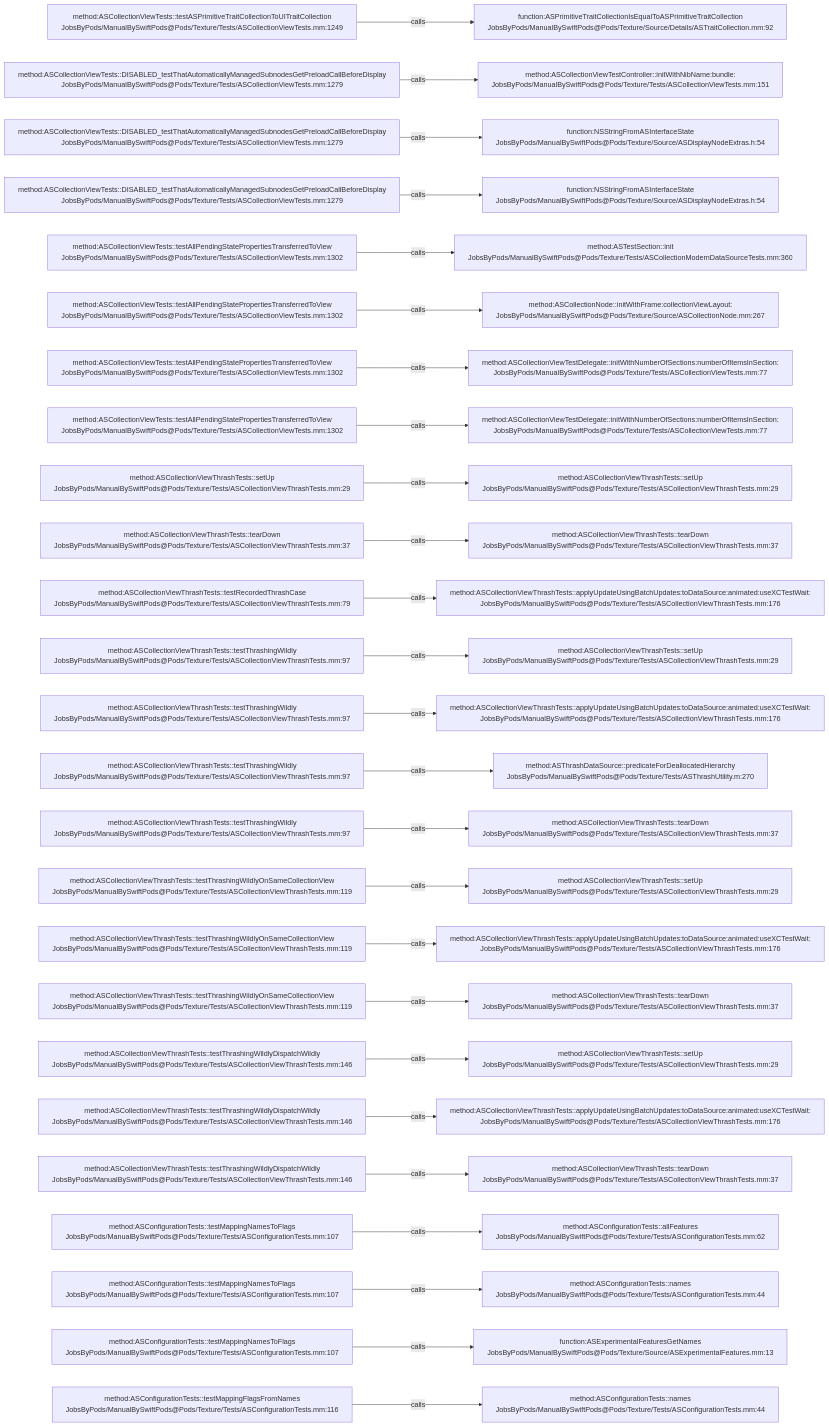
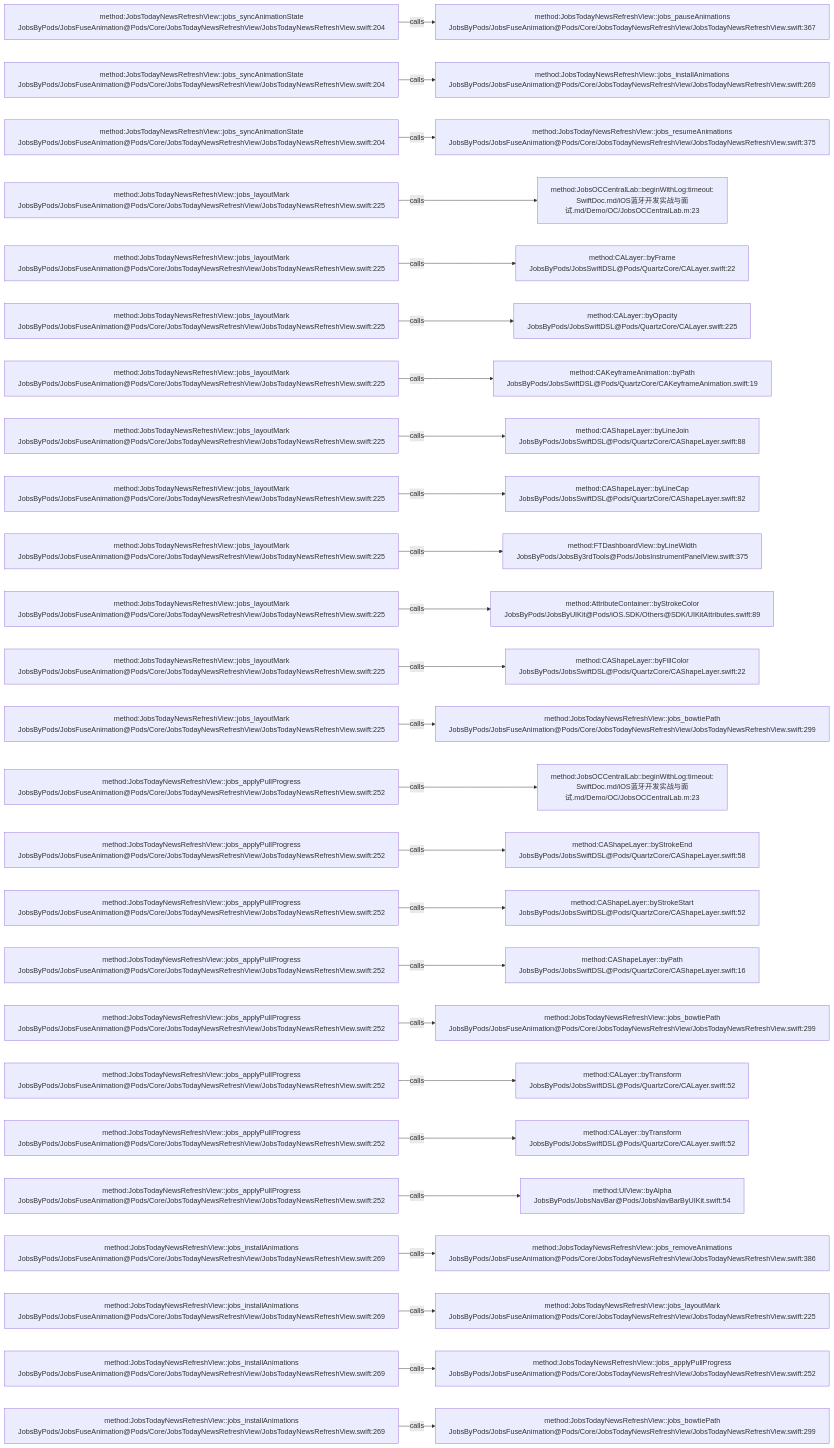
The diagram in .codegraph/codegraph.md/graphs/calls-174.md (JobsKits/JobsSwiftBaseConfigDemo), drawn with Mermaid before and after one commit. The commit also changed 224 other files, not shown here.

````diff
--- a/.codegraph/codegraph.md/graphs/calls-174.md
+++ b/.codegraph/codegraph.md/graphs/calls-174.md
@@ -13,78 +13,78 @@
 ```mermaid
 flowchart LR
-  S1["method:ASCollectionViewTests::testASPrimitiveTraitCollectionToUITraitCollection<br/>JobsByPods/ManualBySwiftPods@Pods/Texture/Tests/ASCollectionViewTests.mm:1249"]
-  T1["function:ASPrimitiveTraitCollectionIsEqualToASPrimitiveTraitCollection<br/>JobsByPods/ManualBySwiftPods@Pods/Texture/Source/Details/ASTraitCollection.mm:92"]
+  S1["method:JobsTodayNewsRefreshView::jobs_syncAnimationState<br/>JobsByPods/JobsFuseAnimation@Pods/Core/JobsTodayNewsRefreshView/JobsTodayNewsRefreshView.swift:204"]
+  T1["method:JobsTodayNewsRefreshView::jobs_pauseAnimations<br/>JobsByPods/JobsFuseAnimation@Pods/Core/JobsTodayNewsRefreshView/JobsTodayNewsRefreshView.swift:367"]
   S1 -->|calls| T1
-  S2["method:ASCollectionViewTests::DISABLED_testThatAutomaticallyManagedSubnodesGetPreloadCallBeforeDisplay<br/>JobsByPods/ManualBySwiftPods@Pods/Texture/Tests/ASCollectionViewTests.mm:1279"]
-  T2["method:ASCollectionViewTestController::initWithNibName:bundle:<br/>JobsByPods/ManualBySwiftPods@Pods/Texture/Tests/ASCollectionViewTests.mm:151"]
+  S2["method:JobsTodayNewsRefreshView::jobs_syncAnimationState<br/>JobsByPods/JobsFuseAnimation@Pods/Core/JobsTodayNewsRefreshView/JobsTodayNewsRefreshView.swift:204"]
+  T2["method:JobsTodayNewsRefreshView::jobs_installAnimations<br/>JobsByPods/JobsFuseAnimation@Pods/Core/JobsTodayNewsRefreshView/JobsTodayNewsRefreshView.swift:269"]
   S2 -->|calls| T2
-  S3["method:ASCollectionViewTests::DISABLED_testThatAutomaticallyManagedSubnodesGetPreloadCallBeforeDisplay<br/>JobsByPods/ManualBySwiftPods@Pods/Texture/Tests/ASCollectionViewTests.mm:1279"]
-  T3["function:NSStringFromASInterfaceState<br/>JobsByPods/ManualBySwiftPods@Pods/Texture/Source/ASDisplayNodeExtras.h:54"]
+  S3["method:JobsTodayNewsRefreshView::jobs_syncAnimationState<br/>JobsByPods/JobsFuseAnimation@Pods/Core/JobsTodayNewsRefreshView/JobsTodayNewsRefreshView.swift:204"]
+  T3["method:JobsTodayNewsRefreshView::jobs_resumeAnimations<br/>JobsByPods/JobsFuseAnimation@Pods/Core/JobsTodayNewsRefreshView/JobsTodayNewsRefreshView.swift:375"]
   S3 -->|calls| T3
-  S4["method:ASCollectionViewTests::DISABLED_testThatAutomaticallyManagedSubnodesGetPreloadCallBeforeDisplay<br/>JobsByPods/ManualBySwiftPods@Pods/Texture/Tests/ASCollectionViewTests.mm:1279"]
-  T4["function:NSStringFromASInterfaceState<br/>JobsByPods/ManualBySwiftPods@Pods/Texture/Source/ASDisplayNodeExtras.h:54"]
+  S4["method:JobsTodayNewsRefreshView::jobs_layoutMark<br/>JobsByPods/JobsFuseAnimation@Pods/Core/JobsTodayNewsRefreshView/JobsTodayNewsRefreshView.swift:225"]
+  T4["method:JobsOCCentralLab::beginWithLog:timeout:<br/>SwiftDoc.md/iOS蓝牙开发实战与面试.md/Demo/OC/JobsOCCentralLab.m:23"]
   S4 -->|calls| T4
-  S5["method:ASCollectionViewTests::testAllPendingStatePropertiesTransferredToView<br/>JobsByPods/ManualBySwiftPods@Pods/Texture/Tests/ASCollectionViewTests.mm:1302"]
-  T5["method:ASTestSection::init<br/>JobsByPods/ManualBySwiftPods@Pods/Texture/Tests/ASCollectionModernDataSourceTests.mm:360"]
+  S5["method:JobsTodayNewsRefreshView::jobs_layoutMark<br/>JobsByPods/JobsFuseAnimation@Pods/Core/JobsTodayNewsRefreshView/JobsTodayNewsRefreshView.swift:225"]
+  T5["method:CALayer::byFrame<br/>JobsByPods/JobsSwiftDSL@Pods/QuartzCore/CALayer.swift:22"]
   S5 -->|calls| T5
-  S6["method:ASCollectionViewTests::testAllPendingStatePropertiesTransferredToView<br/>JobsByPods/ManualBySwiftPods@Pods/Texture/Tests/ASCollectionViewTests.mm:1302"]
-  T6["method:ASCollectionNode::initWithFrame:collectionViewLayout:<br/>JobsByPods/ManualBySwiftPods@Pods/Texture/Source/ASCollectionNode.mm:267"]
+  S6["method:JobsTodayNewsRefreshView::jobs_layoutMark<br/>JobsByPods/JobsFuseAnimation@Pods/Core/JobsTodayNewsRefreshView/JobsTodayNewsRefreshView.swift:225"]
+  T6["method:CALayer::byOpacity<br/>JobsByPods/JobsSwiftDSL@Pods/QuartzCore/CALayer.swift:225"]
   S6 -->|calls| T6
-  S7["method:ASCollectionViewTests::testAllPendingStatePropertiesTransferredToView<br/>JobsByPods/ManualBySwiftPods@Pods/Texture/Tests/ASCollectionViewTests.mm:1302"]
-  T7["method:ASCollectionViewTestDelegate::initWithNumberOfSections:numberOfItemsInSection:<br/>JobsByPods/ManualBySwiftPods@Pods/Texture/Tests/ASCollectionViewTests.mm:77"]
+  S7["method:JobsTodayNewsRefreshView::jobs_layoutMark<br/>JobsByPods/JobsFuseAnimation@Pods/Core/JobsTodayNewsRefreshView/JobsTodayNewsRefreshView.swift:225"]
+  T7["method:CAKeyframeAnimation::byPath<br/>JobsByPods/JobsSwiftDSL@Pods/QuartzCore/CAKeyframeAnimation.swift:19"]
   S7 -->|calls| T7
-  S8["method:ASCollectionViewTests::testAllPendingStatePropertiesTransferredToView<br/>JobsByPods/ManualBySwiftPods@Pods/Texture/Tests/ASCollectionViewTests.mm:1302"]
-  T8["method:ASCollectionViewTestDelegate::initWithNumberOfSections:numberOfItemsInSection:<br/>JobsByPods/ManualBySwiftPods@Pods/Texture/Tests/ASCollectionViewTests.mm:77"]
+  S8["method:JobsTodayNewsRefreshView::jobs_layoutMark<br/>JobsByPods/JobsFuseAnimation@Pods/Core/JobsTodayNewsRefreshView/JobsTodayNewsRefreshView.swift:225"]
+  T8["method:CAShapeLayer::byLineJoin<br/>JobsByPods/JobsSwiftDSL@Pods/QuartzCore/CAShapeLayer.swift:88"]
   S8 -->|calls| T8
-  S9["method:ASCollectionViewThrashTests::setUp<br/>JobsByPods/ManualBySwiftPods@Pods/Texture/Tests/ASCollectionViewThrashTests.mm:29"]
-  T9["method:ASCollectionViewThrashTests::setUp<br/>JobsByPods/ManualBySwiftPods@Pods/Texture/Tests/ASCollectionViewThrashTests.mm:29"]
+  S9["method:JobsTodayNewsRefreshView::jobs_layoutMark<br/>JobsByPods/JobsFuseAnimation@Pods/Core/JobsTodayNewsRefreshView/JobsTodayNewsRefreshView.swift:225"]
+  T9["method:CAShapeLayer::byLineCap<br/>JobsByPods/JobsSwiftDSL@Pods/QuartzCore/CAShapeLayer.swift:82"]
   S9 -->|calls| T9
-  S10["method:ASCollectionViewThrashTests::tearDown<br/>JobsByPods/ManualBySwiftPods@Pods/Texture/Tests/ASCollectionViewThrashTests.mm:37"]
-  T10["method:ASCollectionViewThrashTests::tearDown<br/>JobsByPods/ManualBySwiftPods@Pods/Texture/Tests/ASCollectionViewThrashTests.mm:37"]
+  S10["method:JobsTodayNewsRefreshView::jobs_layoutMark<br/>JobsByPods/JobsFuseAnimation@Pods/Core/JobsTodayNewsRefreshView/JobsTodayNewsRefreshView.swift:225"]
+  T10["method:FTDashboardView::byLineWidth<br/>JobsByPods/JobsBy3rdTools@Pods/JobsInstrumentPanelView.swift:375"]
   S10 -->|calls| T10
-  S11["method:ASCollectionViewThrashTests::testRecordedThrashCase<br/>JobsByPods/ManualBySwiftPods@Pods/Texture/Tests/ASCollectionViewThrashTests.mm:79"]
-  T11["method:ASCollectionViewThrashTests::applyUpdateUsingBatchUpdates:toDataSource:animated:useXCTestWait:<br/>JobsByPods/ManualBySwiftPods@Pods/Texture/Tests/ASCollectionViewThrashTests.mm:176"]
+  S11["method:JobsTodayNewsRefreshView::jobs_layoutMark<br/>JobsByPods/JobsFuseAnimation@Pods/Core/JobsTodayNewsRefreshView/JobsTodayNewsRefreshView.swift:225"]
+  T11["method:AttributeContainer::byStrokeColor<br/>JobsByPods/JobsByUIKit@Pods/iOS.SDK/Others@SDK/UIKitAttributes.swift:89"]
   S11 -->|calls| T11
-  S12["method:ASCollectionViewThrashTests::testThrashingWildly<br/>JobsByPods/ManualBySwiftPods@Pods/Texture/Tests/ASCollectionViewThrashTests.mm:97"]
-  T12["method:ASCollectionViewThrashTests::setUp<br/>JobsByPods/ManualBySwiftPods@Pods/Texture/Tests/ASCollectionViewThrashTests.mm:29"]
+  S12["method:JobsTodayNewsRefreshView::jobs_layoutMark<br/>JobsByPods/JobsFuseAnimation@Pods/Core/JobsTodayNewsRefreshView/JobsTodayNewsRefreshView.swift:225"]
+  T12["method:CAShapeLayer::byFillColor<br/>JobsByPods/JobsSwiftDSL@Pods/QuartzCore/CAShapeLayer.swift:22"]
   S12 -->|calls| T12
-  S13["method:ASCollectionViewThrashTests::testThrashingWildly<br/>JobsByPods/ManualBySwiftPods@Pods/Texture/Tests/ASCollectionViewThrashTests.mm:97"]
-  T13["method:ASCollectionViewThrashTests::applyUpdateUsingBatchUpdates:toDataSource:animated:useXCTestWait:<br/>JobsByPods/ManualBySwiftPods@Pods/Texture/Tests/ASCollectionViewThrashTests.mm:176"]
+  S13["method:JobsTodayNewsRefreshView::jobs_layoutMark<br/>JobsByPods/JobsFuseAnimation@Pods/Core/JobsTodayNewsRefreshView/JobsTodayNewsRefreshView.swift:225"]
+  T13["method:JobsTodayNewsRefreshView::jobs_bowtiePath<br/>JobsByPods/JobsFuseAnimation@Pods/Core/JobsTodayNewsRefreshView/JobsTodayNewsRefreshView.swift:299"]
   S13 -->|calls| T13
-  S14["method:ASCollectionViewThrashTests::testThrashingWildly<br/>JobsByPods/ManualBySwiftPods@Pods/Texture/Tests/ASCollectionViewThrashTests.mm:97"]
-  T14["method:ASThrashDataSource::predicateForDeallocatedHierarchy<br/>JobsByPods/ManualBySwiftPods@Pods/Texture/Tests/ASThrashUtility.m:270"]
+  S14["method:JobsTodayNewsRefreshView::jobs_applyPullProgress<br/>JobsByPods/JobsFuseAnimation@Pods/Core/JobsTodayNewsRefreshView/JobsTodayNewsRefreshView.swift:252"]
+  T14["method:JobsOCCentralLab::beginWithLog:timeout:<br/>SwiftDoc.md/iOS蓝牙开发实战与面试.md/Demo/OC/JobsOCCentralLab.m:23"]
   S14 -->|calls| T14
-  S15["method:ASCollectionViewThrashTests::testThrashingWildly<br/>JobsByPods/ManualBySwiftPods@Pods/Texture/Tests/ASCollectionViewThrashTests.mm:97"]
-  T15["method:ASCollectionViewThrashTests::tearDown<br/>JobsByPods/ManualBySwiftPods@Pods/Texture/Tests/ASCollectionViewThrashTests.mm:37"]
+  S15["method:JobsTodayNewsRefreshView::jobs_applyPullProgress<br/>JobsByPods/JobsFuseAnimation@Pods/Core/JobsTodayNewsRefreshView/JobsTodayNewsRefreshView.swift:252"]
+  T15["method:CAShapeLayer::byStrokeEnd<br/>JobsByPods/JobsSwiftDSL@Pods/QuartzCore/CAShapeLayer.swift:58"]
   S15 -->|calls| T15
-  S16["method:ASCollectionViewThrashTests::testThrashingWildlyOnSameCollectionView<br/>JobsByPods/ManualBySwiftPods@Pods/Texture/Tests/ASCollectionViewThrashTests.mm:119"]
-  T16["method:ASCollectionViewThrashTests::setUp<br/>JobsByPods/ManualBySwiftPods@Pods/Texture/Tests/ASCollectionViewThrashTests.mm:29"]
+  S16["method:JobsTodayNewsRefreshView::jobs_applyPullProgress<br/>JobsByPods/JobsFuseAnimation@Pods/Core/JobsTodayNewsRefreshView/JobsTodayNewsRefreshView.swift:252"]
+  T16["method:CAShapeLayer::byStrokeStart<br/>JobsByPods/JobsSwiftDSL@Pods/QuartzCore/CAShapeLayer.swift:52"]
   S16 -->|calls| T16
-  S17["method:ASCollectionViewThrashTests::testThrashingWildlyOnSameCollectionView<br/>JobsByPods/ManualBySwiftPods@Pods/Texture/Tests/ASCollectionViewThrashTests.mm:119"]
-  T17["method:ASCollectionViewThrashTests::applyUpdateUsingBatchUpdates:toDataSource:animated:useXCTestWait:<br/>JobsByPods/ManualBySwiftPods@Pods/Texture/Tests/ASCollectionViewThrashTests.mm:176"]
+  S17["method:JobsTodayNewsRefreshView::jobs_applyPullProgress<br/>JobsByPods/JobsFuseAnimation@Pods/Core/JobsTodayNewsRefreshView/JobsTodayNewsRefreshView.swift:252"]
+  T17["method:CAShapeLayer::byPath<br/>JobsByPods/JobsSwiftDSL@Pods/QuartzCore/CAShapeLayer.swift:16"]
   S17 -->|calls| T17
-  S18["method:ASCollectionViewThrashTests::testThrashingWildlyOnSameCollectionView<br/>JobsByPods/ManualBySwiftPods@Pods/Texture/Tests/ASCollectionViewThrashTests.mm:119"]
-  T18["method:ASCollectionViewThrashTests::tearDown<br/>JobsByPods/ManualBySwiftPods@Pods/Texture/Tests/ASCollectionViewThrashTests.mm:37"]
+  S18["method:JobsTodayNewsRefreshView::jobs_applyPullProgress<br/>JobsByPods/JobsFuseAnimation@Pods/Core/JobsTodayNewsRefreshView/JobsTodayNewsRefreshView.swift:252"]
+  T18["method:JobsTodayNewsRefreshView::jobs_bowtiePath<br/>JobsByPods/JobsFuseAnimation@Pods/Core/JobsTodayNewsRefreshView/JobsTodayNewsRefreshView.swift:299"]
   S18 -->|calls| T18
-  S19["method:ASCollectionViewThrashTests::testThrashingWildlyDispatchWildly<br/>JobsByPods/ManualBySwiftPods@Pods/Texture/Tests/ASCollectionViewThrashTests.mm:146"]
-  T19["method:ASCollectionViewThrashTests::setUp<br/>JobsByPods/ManualBySwiftPods@Pods/Texture/Tests/ASCollectionViewThrashTests.mm:29"]
+  S19["method:JobsTodayNewsRefreshView::jobs_applyPullProgress<br/>JobsByPods/JobsFuseAnimation@Pods/Core/JobsTodayNewsRefreshView/JobsTodayNewsRefreshView.swift:252"]
+  T19["method:CALayer::byTransform<br/>JobsByPods/JobsSwiftDSL@Pods/QuartzCore/CALayer.swift:52"]
   S19 -->|calls| T19
-  S20["method:ASCollectionViewThrashTests::testThrashingWildlyDispatchWildly<br/>JobsByPods/ManualBySwiftPods@Pods/Texture/Tests/ASCollectionViewThrashTests.mm:146"]
-  T20["method:ASCollectionViewThrashTests::applyUpdateUsingBatchUpdates:toDataSource:animated:useXCTestWait:<br/>JobsByPods/ManualBySwiftPods@Pods/Texture/Tests/ASCollectionViewThrashTests.mm:176"]
+  S20["method:JobsTodayNewsRefreshView::jobs_applyPullProgress<br/>JobsByPods/JobsFuseAnimation@Pods/Core/JobsTodayNewsRefreshView/JobsTodayNewsRefreshView.swift:252"]
+  T20["method:CALayer::byTransform<br/>JobsByPods/JobsSwiftDSL@Pods/QuartzCore/CALayer.swift:52"]
   S20 -->|calls| T20
-  S21["method:ASCollectionViewThrashTests::testThrashingWildlyDispatchWildly<br/>JobsByPods/ManualBySwiftPods@Pods/Texture/Tests/ASCollectionViewThrashTests.mm:146"]
-  T21["method:ASCollectionViewThrashTests::tearDown<br/>JobsByPods/ManualBySwiftPods@Pods/Texture/Tests/ASCollectionViewThrashTests.mm:37"]
+  S21["method:JobsTodayNewsRefreshView::jobs_applyPullProgress<br/>JobsByPods/JobsFuseAnimation@Pods/Core/JobsTodayNewsRefreshView/JobsTodayNewsRefreshView.swift:252"]
+  T21["method:UIView::byAlpha<br/>JobsByPods/JobsNavBar@Pods/JobsNavBarByUIKit.swift:54"]
   S21 -->|calls| T21
-  S22["method:ASConfigurationTests::testMappingNamesToFlags<br/>JobsByPods/ManualBySwiftPods@Pods/Texture/Tests/ASConfigurationTests.mm:107"]
-  T22["method:ASConfigurationTests::allFeatures<br/>JobsByPods/ManualBySwiftPods@Pods/Texture/Tests/ASConfigurationTests.mm:62"]
+  S22["method:JobsTodayNewsRefreshView::jobs_installAnimations<br/>JobsByPods/JobsFuseAnimation@Pods/Core/JobsTodayNewsRefreshView/JobsTodayNewsRefreshView.swift:269"]
+  T22["method:JobsTodayNewsRefreshView::jobs_removeAnimations<br/>JobsByPods/JobsFuseAnimation@Pods/Core/JobsTodayNewsRefreshView/JobsTodayNewsRefreshView.swift:386"]
   S22 -->|calls| T22
-  S23["method:ASConfigurationTests::testMappingNamesToFlags<br/>JobsByPods/ManualBySwiftPods@Pods/Texture/Tests/ASConfigurationTests.mm:107"]
-  T23["method:ASConfigurationTests::names<br/>JobsByPods/ManualBySwiftPods@Pods/Texture/Tests/ASConfigurationTests.mm:44"]
+  S23["method:JobsTodayNewsRefreshView::jobs_installAnimations<br/>JobsByPods/JobsFuseAnimation@Pods/Core/JobsTodayNewsRefreshView/JobsTodayNewsRefreshView.swift:269"]
+  T23["method:JobsTodayNewsRefreshView::jobs_layoutMark<br/>JobsByPods/JobsFuseAnimation@Pods/Core/JobsTodayNewsRefreshView/JobsTodayNewsRefreshView.swift:225"]
   S23 -->|calls| T23
-  S24["method:ASConfigurationTests::testMappingNamesToFlags<br/>JobsByPods/ManualBySwiftPods@Pods/Texture/Tests/ASConfigurationTests.mm:107"]
-  T24["function:ASExperimentalFeaturesGetNames<br/>JobsByPods/ManualBySwiftPods@Pods/Texture/Source/ASExperimentalFeatures.mm:13"]
+  S24["method:JobsTodayNewsRefreshView::jobs_installAnimations<br/>JobsByPods/JobsFuseAnimation@Pods/Core/JobsTodayNewsRefreshView/JobsTodayNewsRefreshView.swift:269"]
+  T24["method:JobsTodayNewsRefreshView::jobs_applyPullProgress<br/>JobsByPods/JobsFuseAnimation@Pods/Core/JobsTodayNewsRefreshView/JobsTodayNewsRefreshView.swift:252"]
   S24 -->|calls| T24
-  S25["method:ASConfigurationTests::testMappingFlagsFromNames<br/>JobsByPods/ManualBySwiftPods@Pods/Texture/Tests/ASConfigurationTests.mm:116"]
-  T25["method:ASConfigurationTests::names<br/>JobsByPods/ManualBySwiftPods@Pods/Texture/Tests/ASConfigurationTests.mm:44"]
+  S25["method:JobsTodayNewsRefreshView::jobs_installAnimations<br/>JobsByPods/JobsFuseAnimation@Pods/Core/JobsTodayNewsRefreshView/JobsTodayNewsRefreshView.swift:269"]
+  T25["method:JobsTodayNewsRefreshView::jobs_bowtiePath<br/>JobsByPods/JobsFuseAnimation@Pods/Core/JobsTodayNewsRefreshView/JobsTodayNewsRefreshView.swift:299"]
   S25 -->|calls| T25
 ```
````
